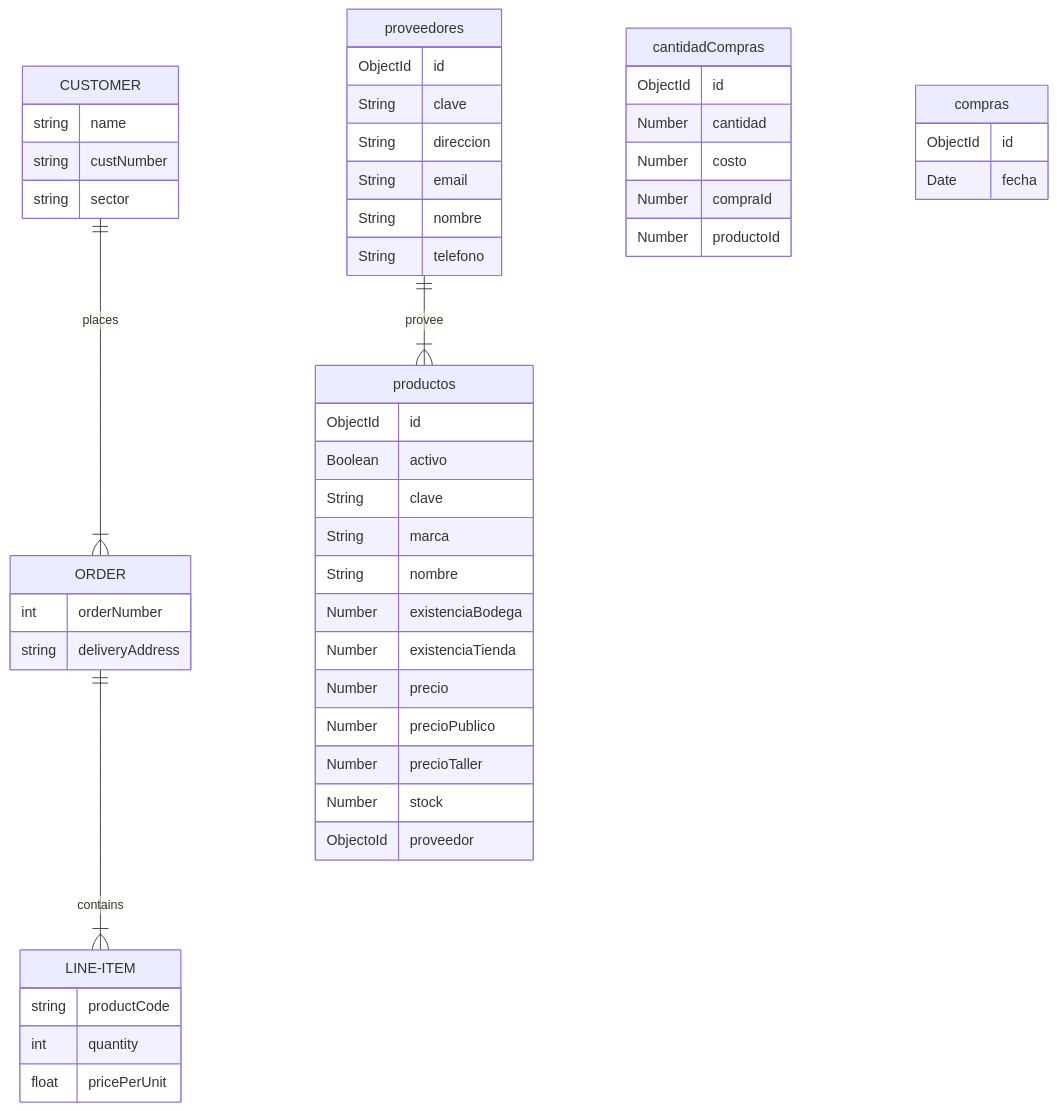
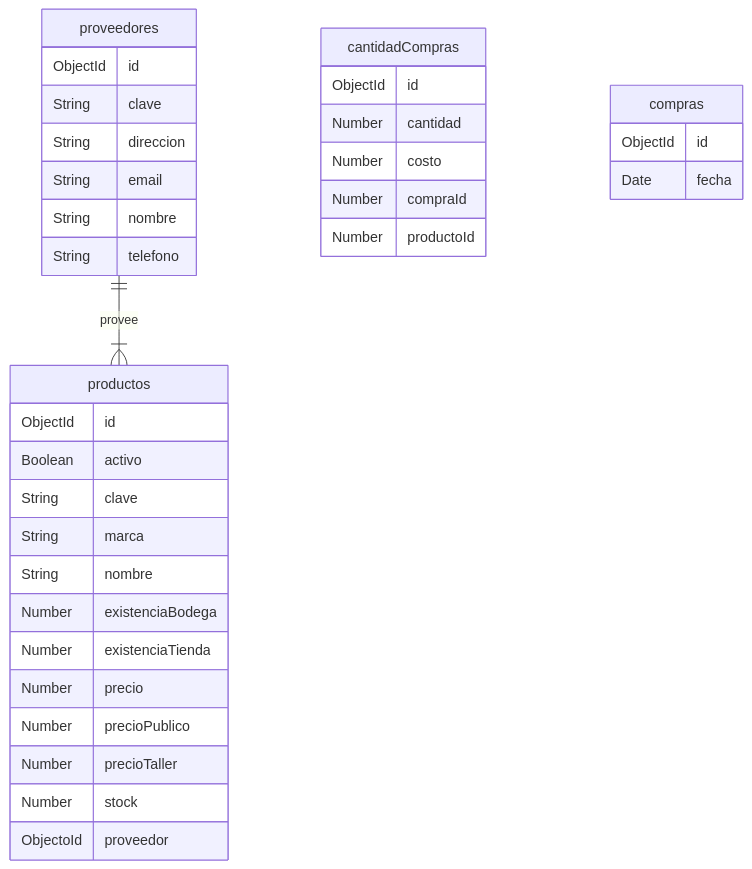
The second of 2 diagrams in Routes.md (DiegoSHS/BIGOW), drawn with Mermaid before and after one commit. The commit also changed other lines of this file, not shown here.

````diff
--- a/Routes.md
+++ b/Routes.md
@@ -10,53 +16,37 @@
 ```mermaid
 erDiagram
-    CUSTOMER ||--|{ ORDER : places
-    CUSTOMER {
-        string name
-        string custNumber
-        string sector
-    }
     proveedores ||--|{productos : provee
     productos {
         ObjectId id
         Boolean activo
         String clave
         String marca
         String nombre
         Number existenciaBodega
         Number existenciaTienda
         Number precio
         Number precioPublico
         Number precioTaller
         Number stock
         ObjectoId proveedor
     }
     proveedores {
         ObjectId id
         String clave
         String direccion
         String email
         String nombre
         String telefono
     }
     cantidadCompras{
         ObjectId id
         Number cantidad
         Number costo
         Number compraId
         Number productoId
     }
     compras{
         ObjectId id
         Date fecha
     }
-    ORDER ||--|{ LINE-ITEM : contains
-    ORDER {
-        int orderNumber
-        string deliveryAddress
-    }
-    LINE-ITEM {
-        string productCode
-        int quantity
-        float pricePerUnit
-    }
 ```
````
